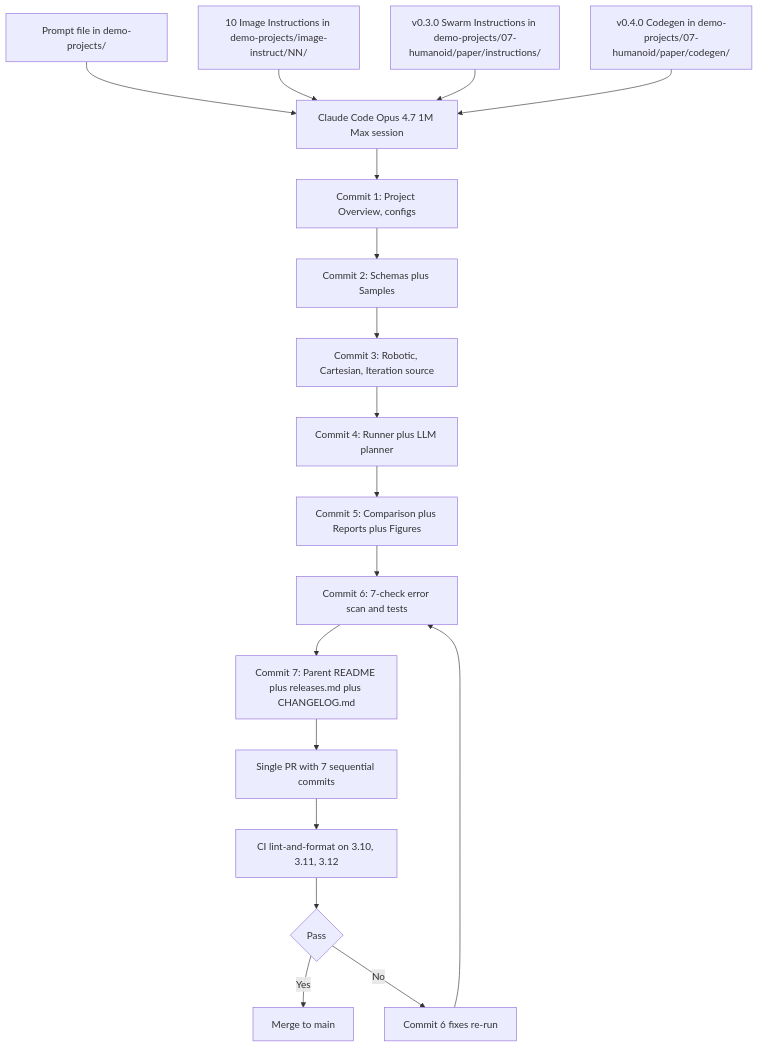
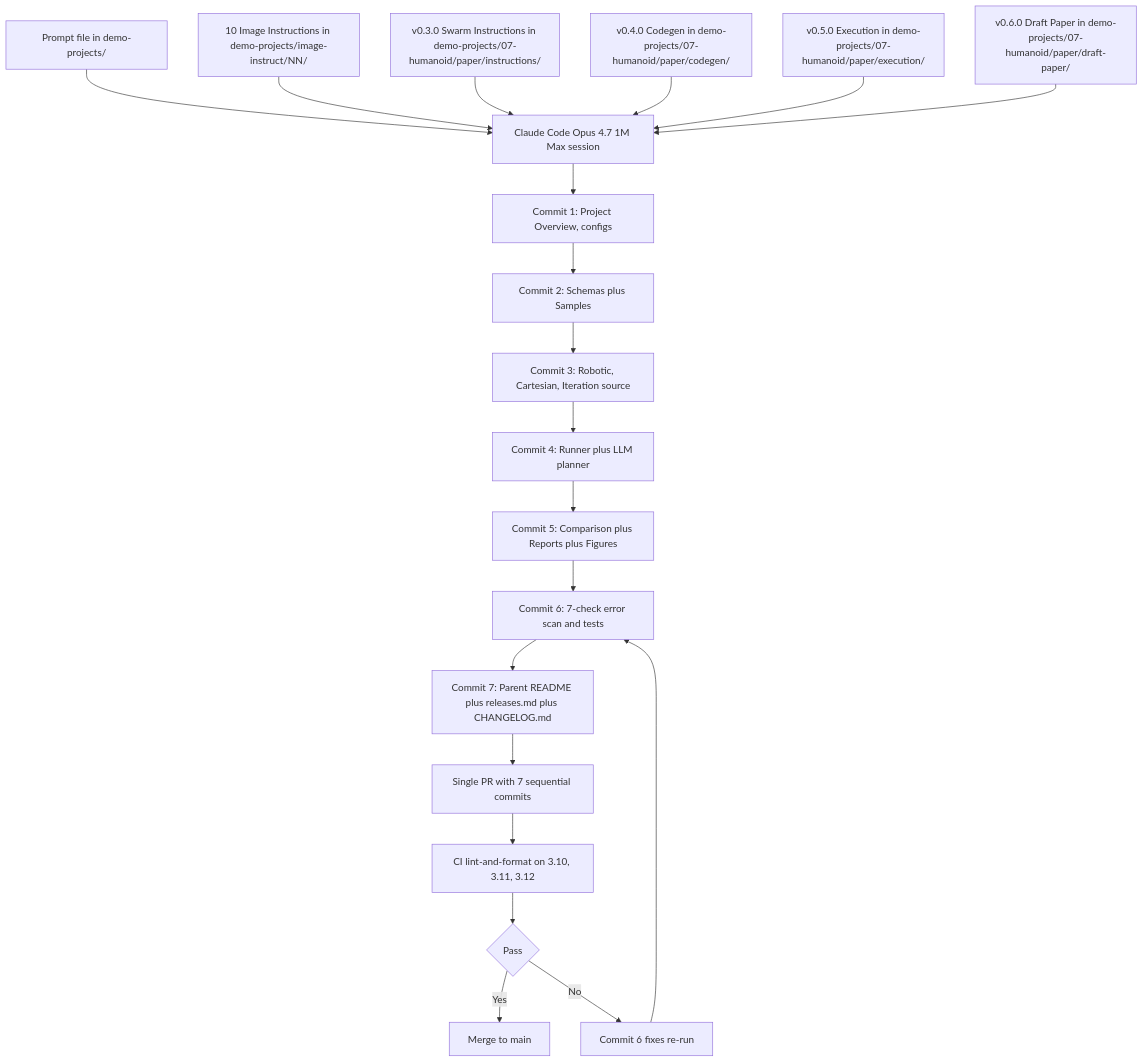
Before and after one commit to kevinkawchak/Clinical-AI-Demos: the second of 2 diagrams in README.md, drawn with Mermaid. The commit also changed other lines of this file and 4 other files, not shown here.

First line of the commit message:
v0.6.0 repository updates for the draft paper LaTeX scaffold

````diff
--- a/README.md
+++ b/README.md
@@ -247,20 +273,22 @@
 ```mermaid
 flowchart TB
   P[Prompt file in demo-projects/] --> CC[Claude Code Opus 4.7 1M Max session]
   II[10 Image Instructions in demo-projects/image-instruct/NN/] --> CC
   SW[v0.3.0 Swarm Instructions in demo-projects/07-humanoid/paper/instructions/] --> CC
   CG[v0.4.0 Codegen in demo-projects/07-humanoid/paper/codegen/] --> CC
+  EX[v0.5.0 Execution in demo-projects/07-humanoid/paper/execution/] --> CC
+  DRP[v0.6.0 Draft Paper in demo-projects/07-humanoid/paper/draft-paper/] --> CC
   CC --> R1[Commit 1: Project Overview, configs]
   R1 --> R2[Commit 2: Schemas plus Samples]
   R2 --> R3[Commit 3: Robotic, Cartesian, Iteration source]
   R3 --> R4[Commit 4: Runner plus LLM planner]
   R4 --> R5[Commit 5: Comparison plus Reports plus Figures]
   R5 --> R6[Commit 6: 7-check error scan and tests]
   R6 --> R7[Commit 7: Parent README plus releases.md plus CHANGELOG.md]
   R7 --> PR[Single PR with 7 sequential commits]
   PR --> CI[CI lint-and-format on 3.10, 3.11, 3.12]
   CI --> M{Pass}
   M -->|Yes| MR[Merge to main]
   M -->|No| FX[Commit 6 fixes re-run]
   FX --> R6
 ```
````
